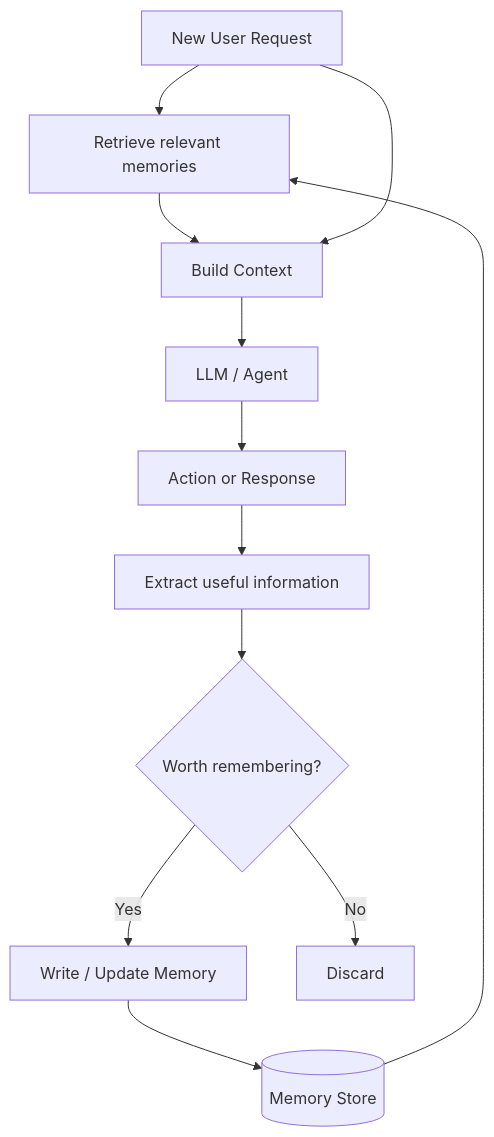
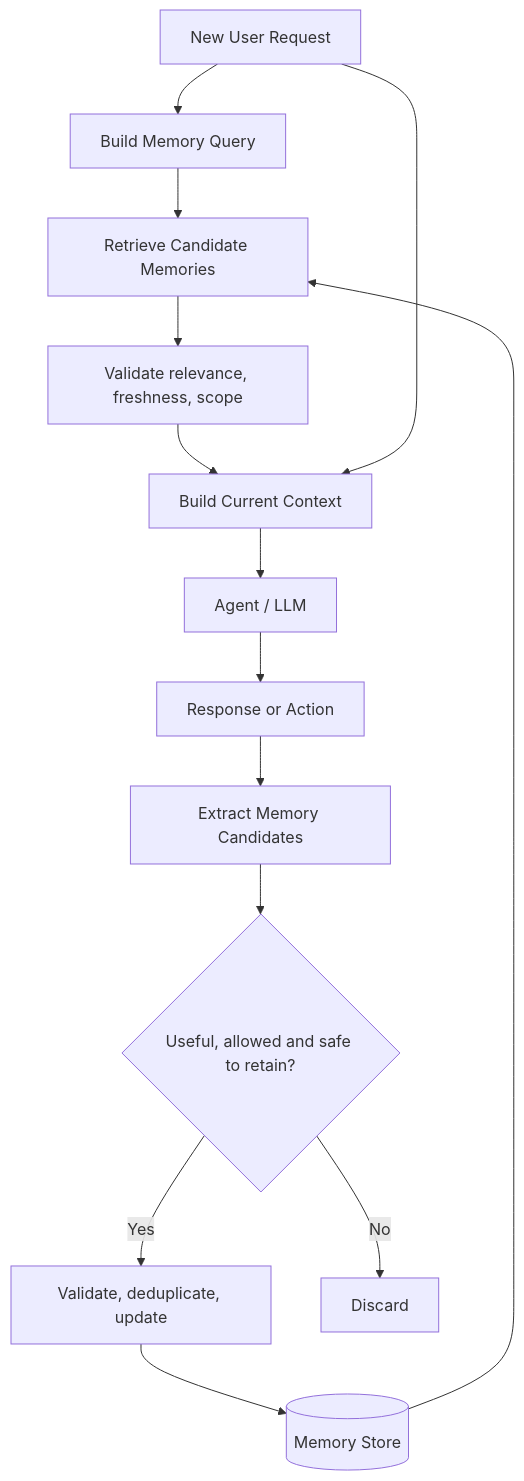
The diagram in notes/module-01-from-answering-to-doing/04-agent-memory.md (shomi-khan/preparation), drawn with Mermaid before and after one commit. The commit also changed other lines of this file, not shown here.

````diff
--- a/notes/module-01-from-answering-to-doing/04-agent-memory.md
+++ b/notes/module-01-from-answering-to-doing/04-agent-memory.md
@@ -56,14 +76,16 @@
 ```mermaid
 flowchart TD
-    U[New User Request] --> R[Retrieve relevant memories]
-    DB[(Memory Store)] --> R
-    R --> C[Build Context]
+    U[New User Request] --> Q[Build Memory Query]
+    DB[(Memory Store)] --> R[Retrieve Candidate Memories]
+    Q --> R
+    R --> V[Validate relevance, freshness, scope]
+    V --> C[Build Current Context]
     U --> C
-    C --> L[LLM / Agent]
-    L --> A[Action or Response]
-    A --> E[Extract useful information]
-    E --> V{Worth remembering?}
-    V -- Yes --> W[Write / Update Memory]
+    C --> A[Agent / LLM]
+    A --> X[Response or Action]
+    X --> E[Extract Memory Candidates]
+    E --> P{Useful, allowed and safe to retain?}
+    P -->|Yes| W[Validate, deduplicate, update]
     W --> DB
-    V -- No --> X[Discard]
+    P -->|No| D[Discard]
 ```
````
